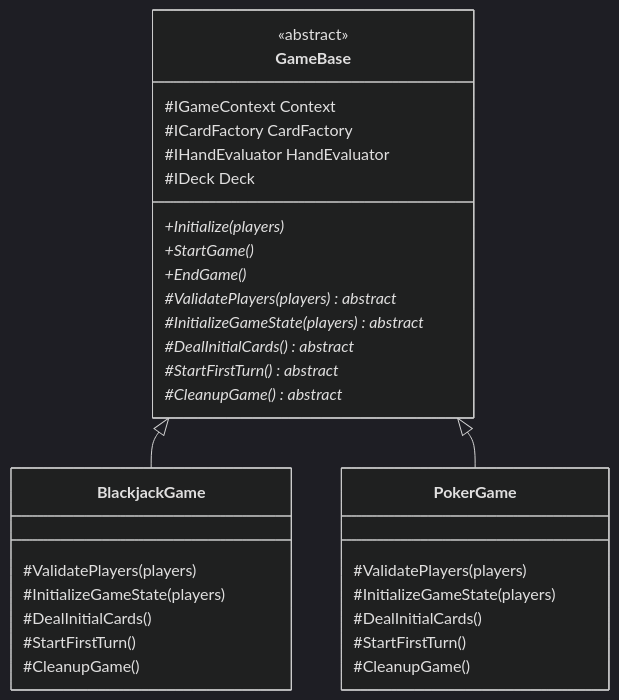
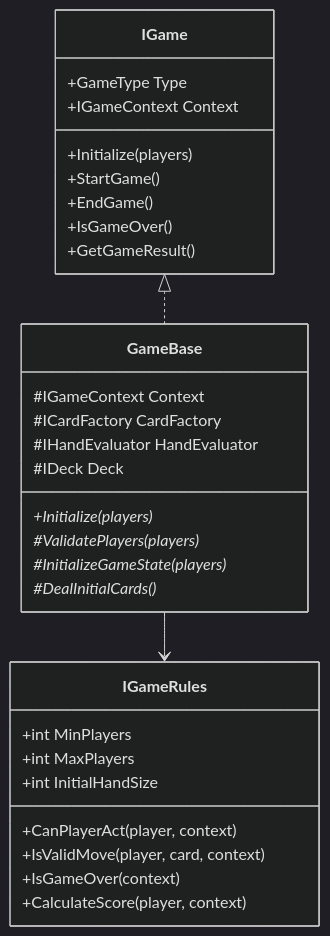
One commit to maysamgamini/bellotalabs-interview changed the first of 4 diagrams in README.md. Above: the diagram before and after it, drawn with Mermaid (dark theme). The commit also changed other lines of this file, not shown here.

````diff
--- a/README.md
+++ b/README.md
@@ -87,37 +54,36 @@
 ```mermaid
 classDiagram
+    class IGame {
+        +GameType Type
+        +IGameContext Context
+        +Initialize(players)
+        +StartGame()
+        +EndGame()
+        +IsGameOver()
+        +GetGameResult()
+    }
+
     class GameBase {
-        <<abstract>>
         #IGameContext Context
         #ICardFactory CardFactory
         #IHandEvaluator HandEvaluator
         #IDeck Deck
         +Initialize(players)*
-        +StartGame()*
-        +EndGame()*
-        #ValidatePlayers(players)* abstract
-        #InitializeGameState(players)* abstract
-        #DealInitialCards()* abstract
-        #StartFirstTurn()* abstract
-        #CleanupGame()* abstract
+        #ValidatePlayers(players)*
+        #InitializeGameState(players)*
+        #DealInitialCards()*
     }
-    
-    class BlackjackGame {
-        #ValidatePlayers(players)
-        #InitializeGameState(players)
-        #DealInitialCards()
-        #StartFirstTurn()
-        #CleanupGame()
+
+    class IGameRules {
+        +int MinPlayers
+        +int MaxPlayers
+        +int InitialHandSize
+        +CanPlayerAct(player, context)
+        +IsValidMove(player, card, context)
+        +IsGameOver(context)
+        +CalculateScore(player, context)
     }
-    
-    class PokerGame {
-        #ValidatePlayers(players)
-        #InitializeGameState(players)
-        #DealInitialCards()
-        #StartFirstTurn()
-        #CleanupGame()
-    }
-    
-    GameBase <|-- BlackjackGame
-    GameBase <|-- PokerGame
+
+    IGame <|.. GameBase
+    GameBase --> IGameRules
 ```
````
